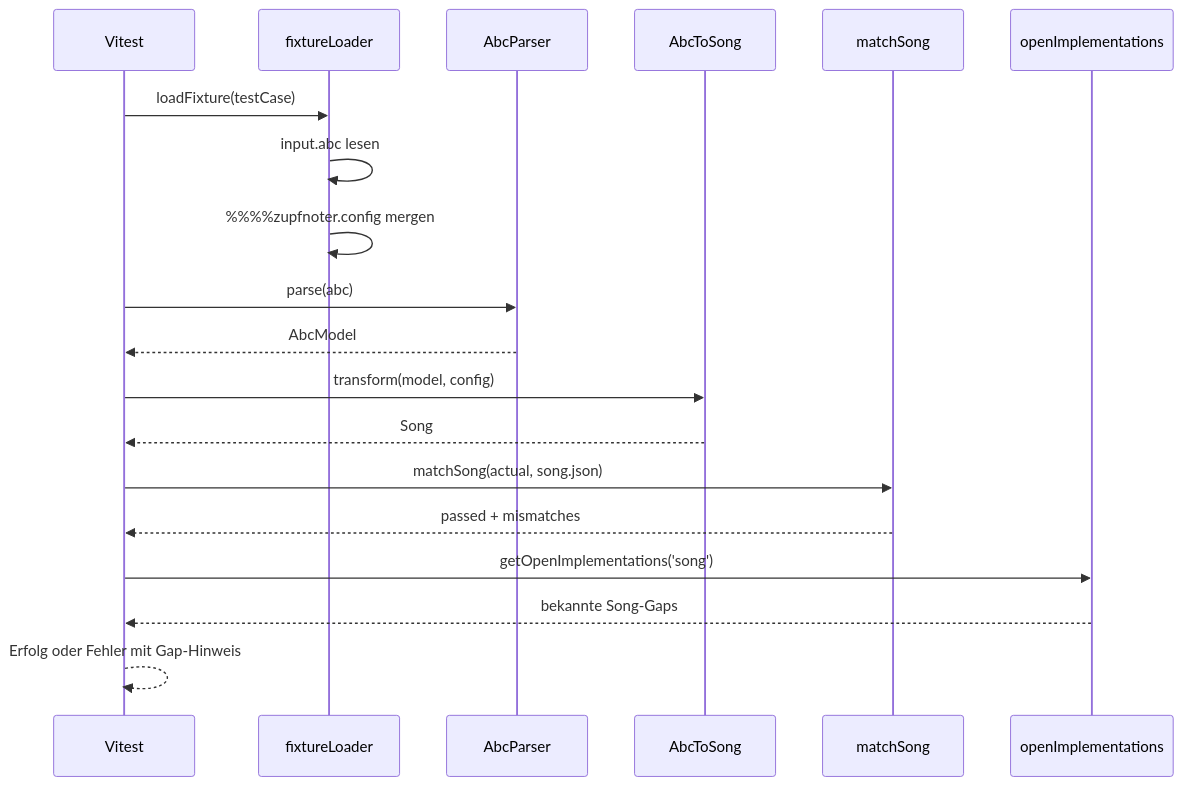
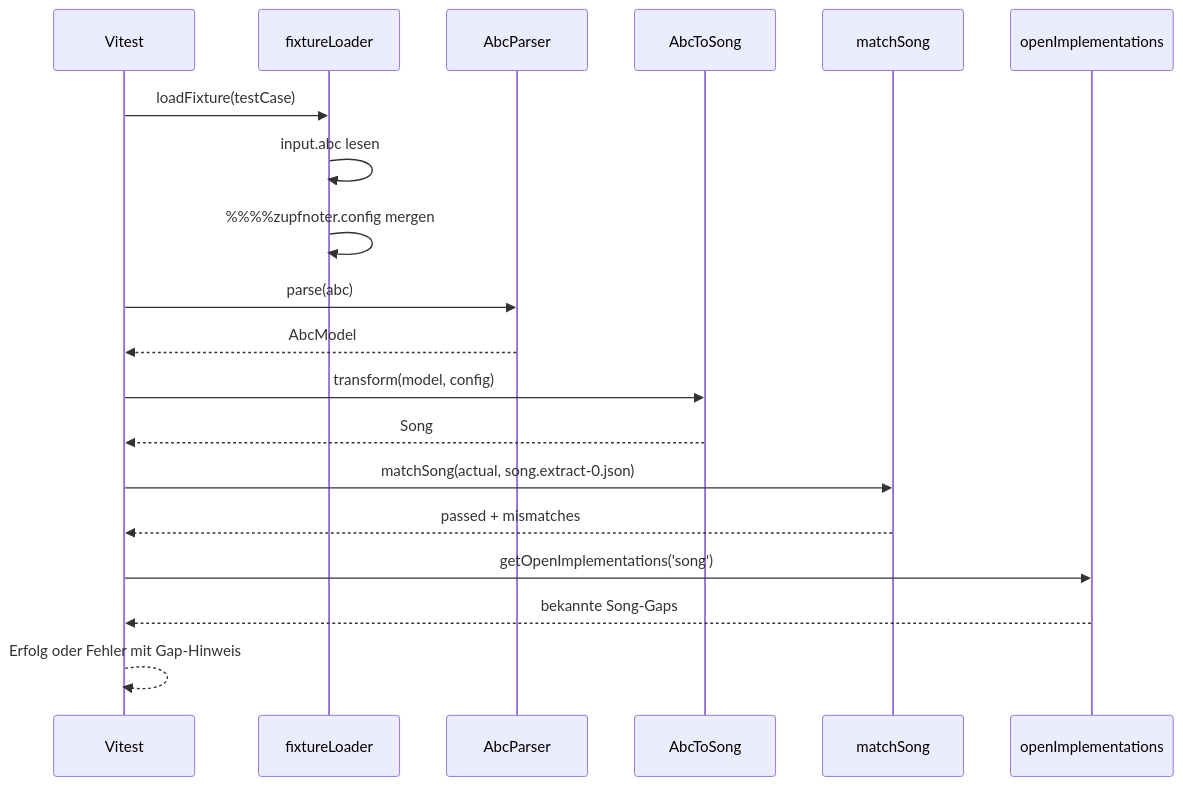
One commit to bwl21/zupfnoter-ts changed the second of 4 diagrams in docs/testing/fixture-driven-testing.md. Above: the diagram before and after it, drawn with Mermaid. The commit also changed other lines of this file and 43 other files, not shown here.

First line of the commit message:
test: switch song fixtures to extract-0 references

````diff
--- a/docs/testing/fixture-driven-testing.md
+++ b/docs/testing/fixture-driven-testing.md
@@ -92,22 +92,22 @@
 ```mermaid
 sequenceDiagram
   participant Vitest
   participant Loader as fixtureLoader
   participant Parser as AbcParser
   participant Song as AbcToSong
   participant Match as matchSong
   participant Gaps as openImplementations
 
   Vitest->>Loader: loadFixture(testCase)
   Loader->>Loader: input.abc lesen
   Loader->>Loader: %%%%zupfnoter.config mergen
   Vitest->>Parser: parse(abc)
   Parser-->>Vitest: AbcModel
   Vitest->>Song: transform(model, config)
   Song-->>Vitest: Song
-  Vitest->>Match: matchSong(actual, song.json)
+  Vitest->>Match: matchSong(actual, song.extract-0.json)
   Match-->>Vitest: passed + mismatches
   Vitest->>Gaps: getOpenImplementations('song')
   Gaps-->>Vitest: bekannte Song-Gaps
   Vitest-->>Vitest: Erfolg oder Fehler mit Gap-Hinweis
 ```
````
